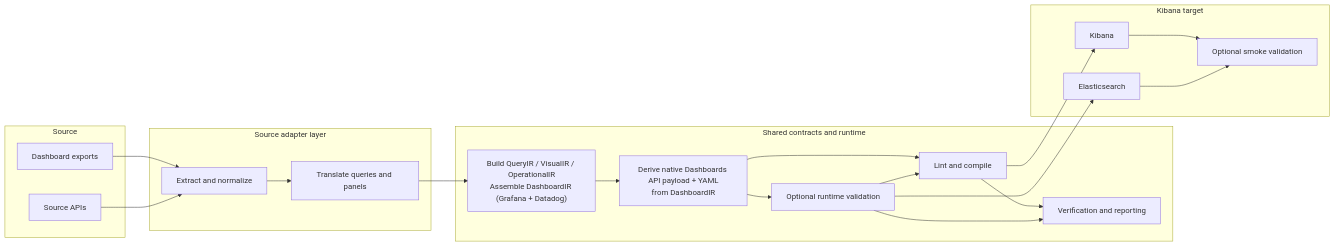
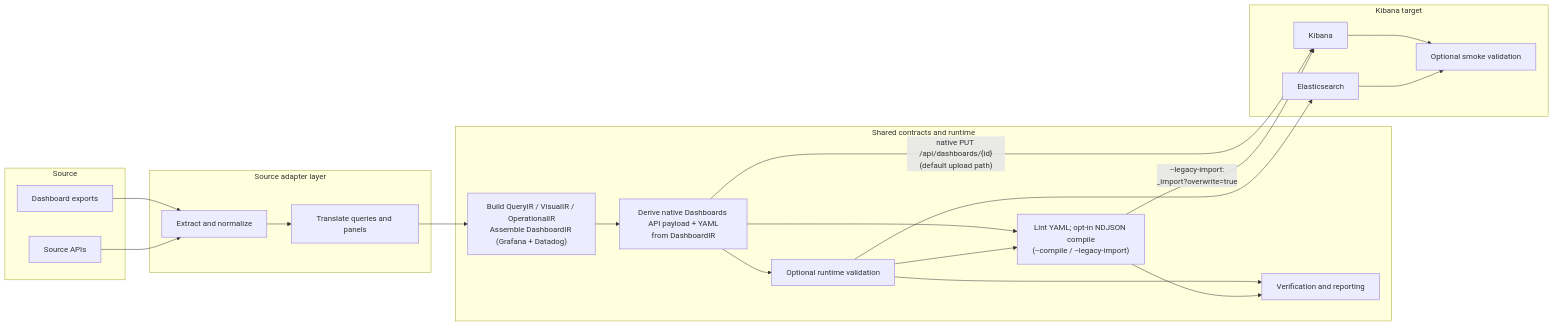
The diagram in docs/architecture.md (elastic/observability-migration-platform), drawn with Mermaid before and after one commit. The commit also changed other lines of this file and 5 other files, not shown here.

````diff
--- a/docs/architecture.md
+++ b/docs/architecture.md
@@ -56,41 +56,42 @@
 ```mermaid
 flowchart LR
     subgraph source [Source]
         files[Dashboard exports]
         api[Source APIs]
     end
 
     subgraph adapters [Source adapter layer]
         extract[Extract and normalize]
         translate[Translate queries and panels]
     end
 
     subgraph shared [Shared contracts and runtime]
         ir["Build QueryIR / VisualIR / OperationalIR<br/>Assemble DashboardIR (Grafana + Datadog)"]
         emit["Derive native Dashboards API payload + YAML<br/>from DashboardIR"]
         validate[Optional runtime validation]
-        compile[Lint and compile]
+        compile["Lint YAML; opt-in NDJSON compile<br/>(--compile / --legacy-import)"]
         verify[Verification and reporting]
     end
 
     subgraph target [Kibana target]
         es[Elasticsearch]
         kb[Kibana]
         smoke[Optional smoke validation]
     end
 
     files --> extract
     api --> extract
     extract --> translate
     translate --> ir
     ir --> emit
     emit --> validate
     emit --> compile
+    emit -->|"native PUT /api/dashboards/{id}<br/>(default upload path)"| kb
     validate --> compile
-    compile --> verify
     validate --> verify
     validate --> es
-    compile --> kb
+    compile --> verify
+    compile -->|"--legacy-import:<br/>_import?overwrite=true"| kb
     kb --> smoke
     es --> smoke
 ```
````
